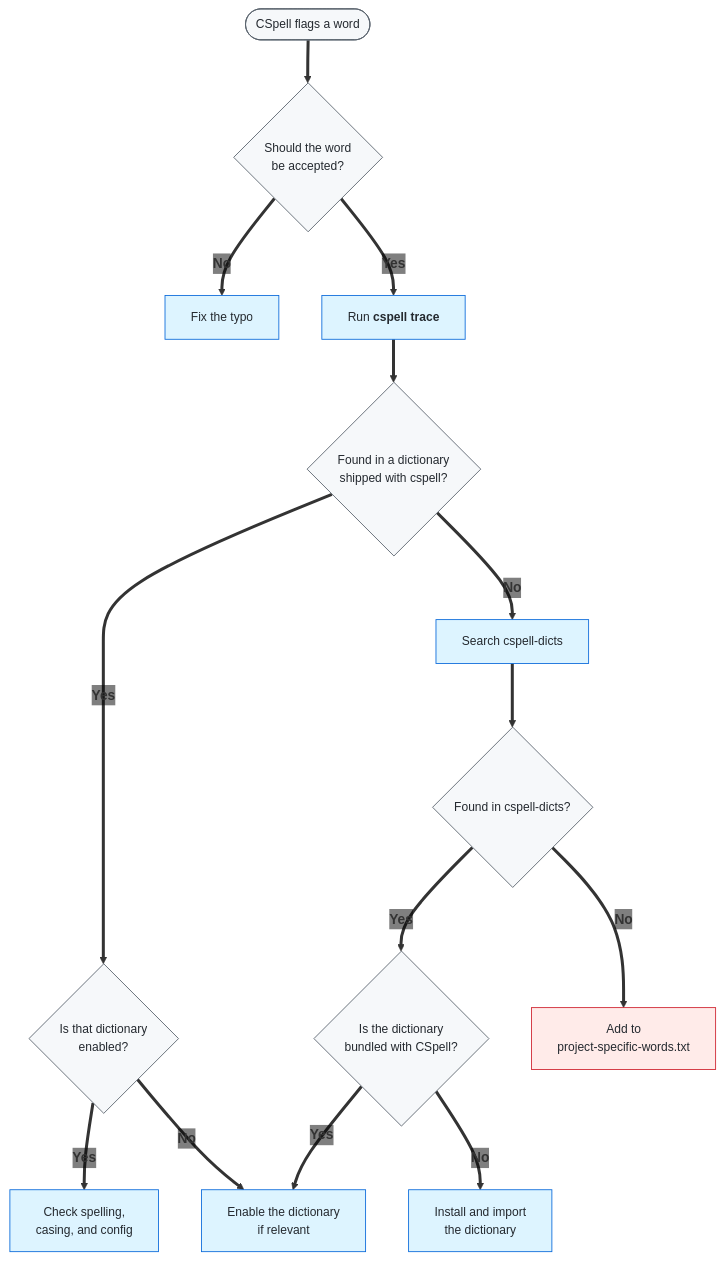
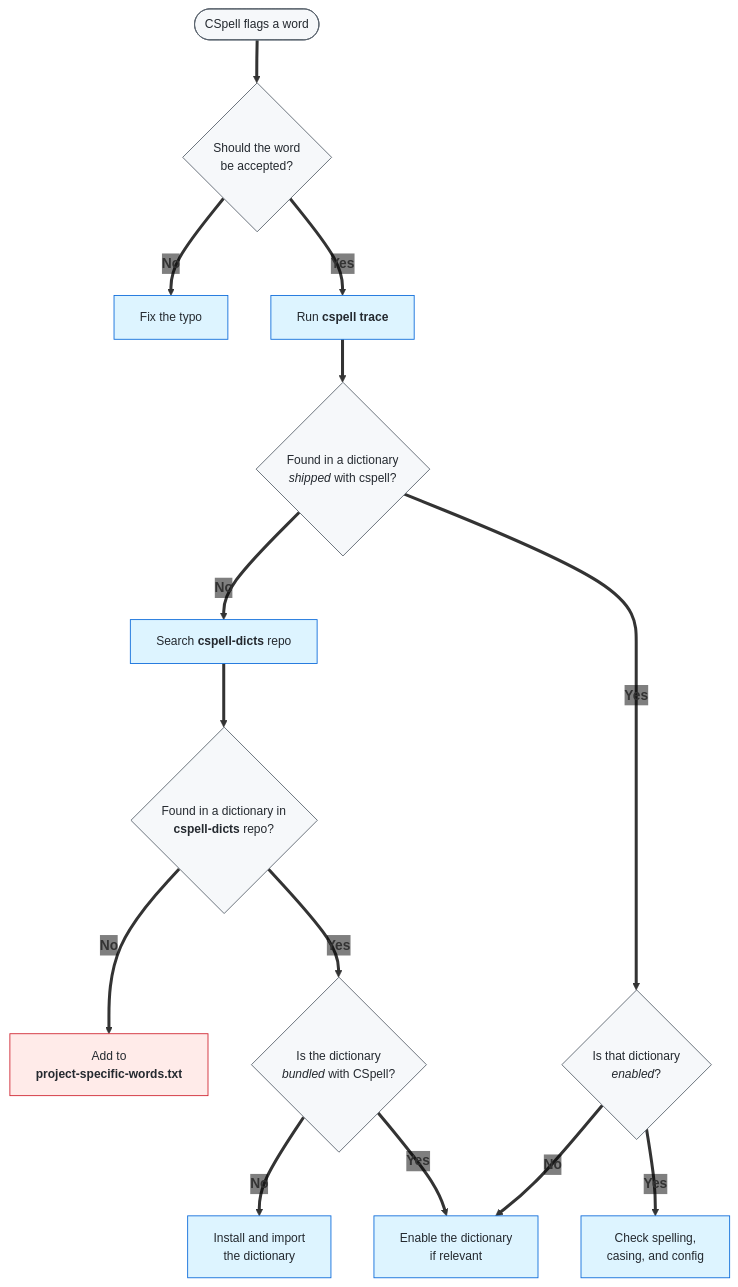
The diagram in .config/cspell/README.md (ScilifelabDataCentre/data-centre-template), drawn with Mermaid before and after one commit. The commit also changed other lines of this file, not shown here.

Commit message:
change order for consistency etc

````diff
--- a/.config/cspell/README.md
+++ b/.config/cspell/README.md
@@ -75,35 +75,36 @@
 ```mermaid
 ---
 config:
   themeVariables:
     edgeLabelBackground: transparent
 ---
 flowchart TD
     A([CSpell flags a word]) ==> B{Should the word<br/>be accepted?}
 
     B ==>|"`**No**`"| C[Fix the typo]
     B ==>|"`**Yes**`"| D["`Run **cspell trace**`"]
 
-    D ==> E{"`Found in a dictionary<br/>shipped with cspell?`"}
+    D ==> E{"`Found in a dictionary<br/>_shipped_ with cspell?`"}
 
-    E ==>|"`**Yes**`"| F{"`Is that dictionary<br/>enabled?`"}
+    E ==>|"`**No**`"| I["`Search **cspell-dicts** repo`"]
+    E ==>|"`**Yes**`"| F{"`Is that dictionary<br/>_enabled_?`"}
+
+    F ==>|"`**No**`"| H[Enable the dictionary<br/>if relevant]
     F ==>|"`**Yes**`"| G[Check spelling,<br/>casing, and config]
-    F ==>|"`**No**`"| H[Enable the dictionary<br/>if relevant]
 
-    E ==>|"`**No**`"| I[Search cspell-dicts]
-    I ==> J{"`Found in cspell-dicts?`"}
+    I ==> J{"`Found in a dictionary in </br> **cspell-dicts** repo?`"}
 
-    J ==>|"`**Yes**`"| K{"`Is the dictionary<br/>bundled with CSpell?`"}
+    J ==>|"`**No**`"| M["`Add to <br/> **project-specific-words.txt**`"]
+    J ==>|"`**Yes**`"| K{"`Is the dictionary<br/>_bundled_ with CSpell?`"}
+
+    K ==>|"`**No**`"| L[Install and import<br/>the dictionary]
     K ==>|"`**Yes**`"| H
-    K ==>|"`**No**`"| L[Install and import<br/>the dictionary]
-
-    J ==>|"`**No**`"| M[Add to<br/>project-specific-words.txt]
 
     classDef neutral fill:#f6f8fa,stroke:#57606a,color:#24292f,font-size:14px;
     classDef do fill:#ddf4ff,stroke:#0969da,color:#24292f,font-size:14px;
     classDef fallback fill:#ffebe9,stroke:#cf222e,color:#24292f,font-size:14px;
 
     class A,B,E,F,J,K neutral; 
     class C,D,G,H,I,L do;
     class M fallback;
 ```
````
